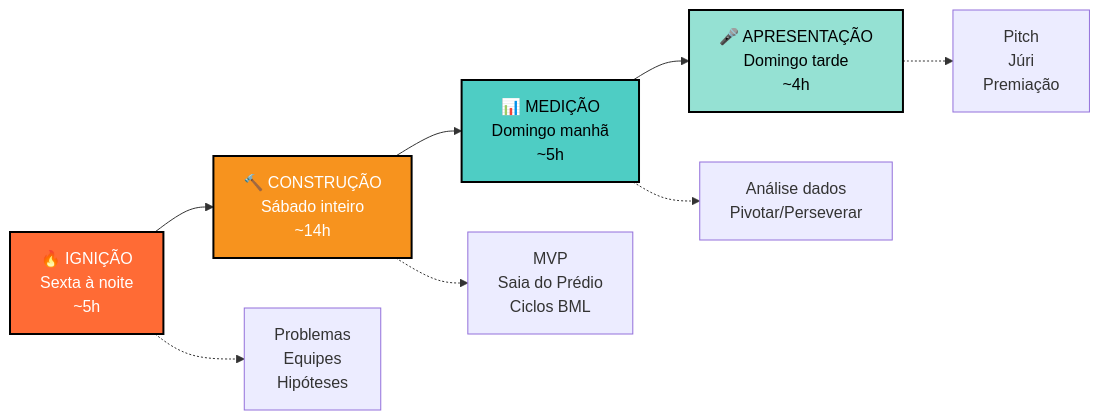
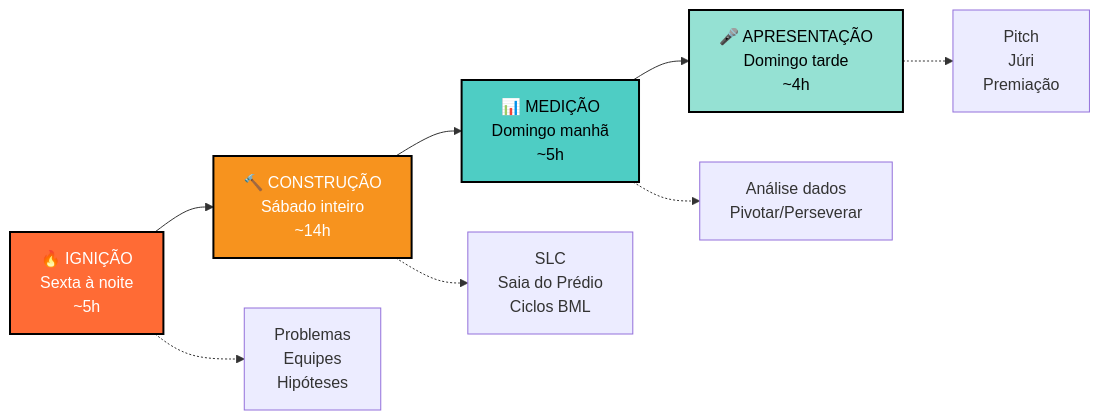
The second of 7 diagrams in StartupRush/Metodologia/Diagramas Visuais.md (Boa-Thomas/StartupRush), drawn with Mermaid before and after one commit. The commit also changed other lines of this file and 33 other files, not shown here.

First line of the commit message:
refactor: replace MVP with SLC across all active methodology notes

````diff
--- a/StartupRush/Metodologia/Diagramas Visuais.md
+++ b/StartupRush/Metodologia/Diagramas Visuais.md
@@ -53,19 +53,19 @@
 ```mermaid
 flowchart LR
     F1[🔥 IGNIÇÃO<br/>Sexta à noite<br/>~5h]
     F2[🔨 CONSTRUÇÃO<br/>Sábado inteiro<br/>~14h]
     F3[📊 MEDIÇÃO<br/>Domingo manhã<br/>~5h]
     F4[🎤 APRESENTAÇÃO<br/>Domingo tarde<br/>~4h]
     
     F1 --> F2 --> F3 --> F4
     
     F1 -.-> O1[Problemas<br/>Equipes<br/>Hipóteses]
-    F2 -.-> O2[MVP<br/>Saia do Prédio<br/>Ciclos BML]
+    F2 -.-> O2[SLC<br/>Saia do Prédio<br/>Ciclos BML]
     F3 -.-> O3[Análise dados<br/>Pivotar/Perseverar]
     F4 -.-> O4[Pitch<br/>Júri<br/>Premiação]
     
     style F1 fill:#FF6B35,color:#fff,stroke:#000,stroke-width:2px
     style F2 fill:#F7931E,color:#fff,stroke:#000,stroke-width:2px
     style F3 fill:#4ECDC4,color:#000,stroke:#000,stroke-width:2px
     style F4 fill:#95E1D3,color:#000,stroke:#000,stroke-width:2px
 ```
````
